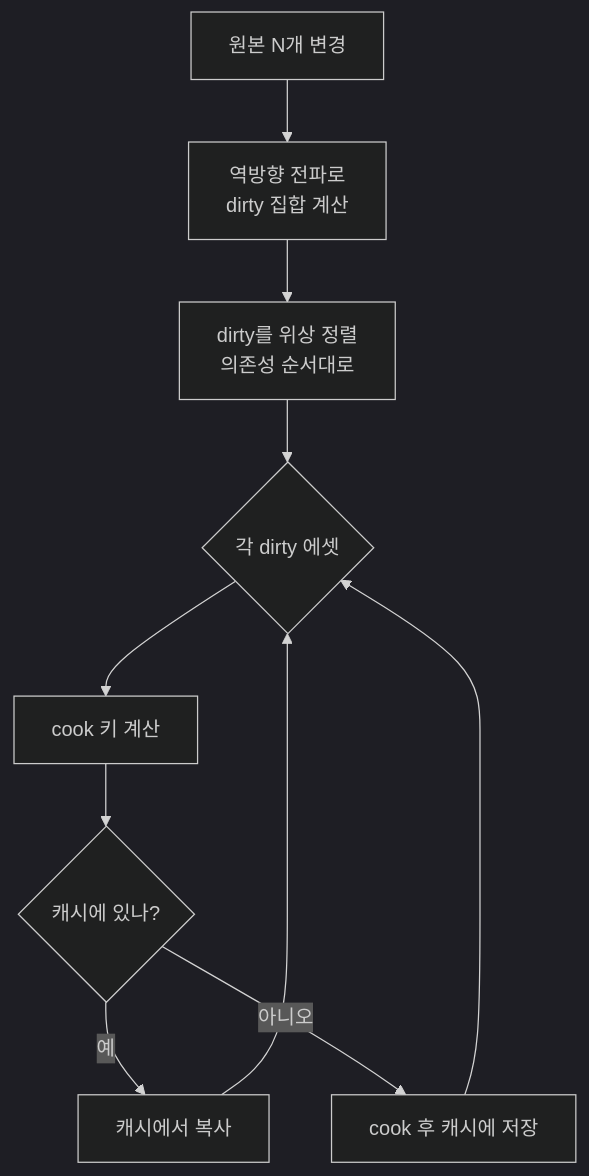
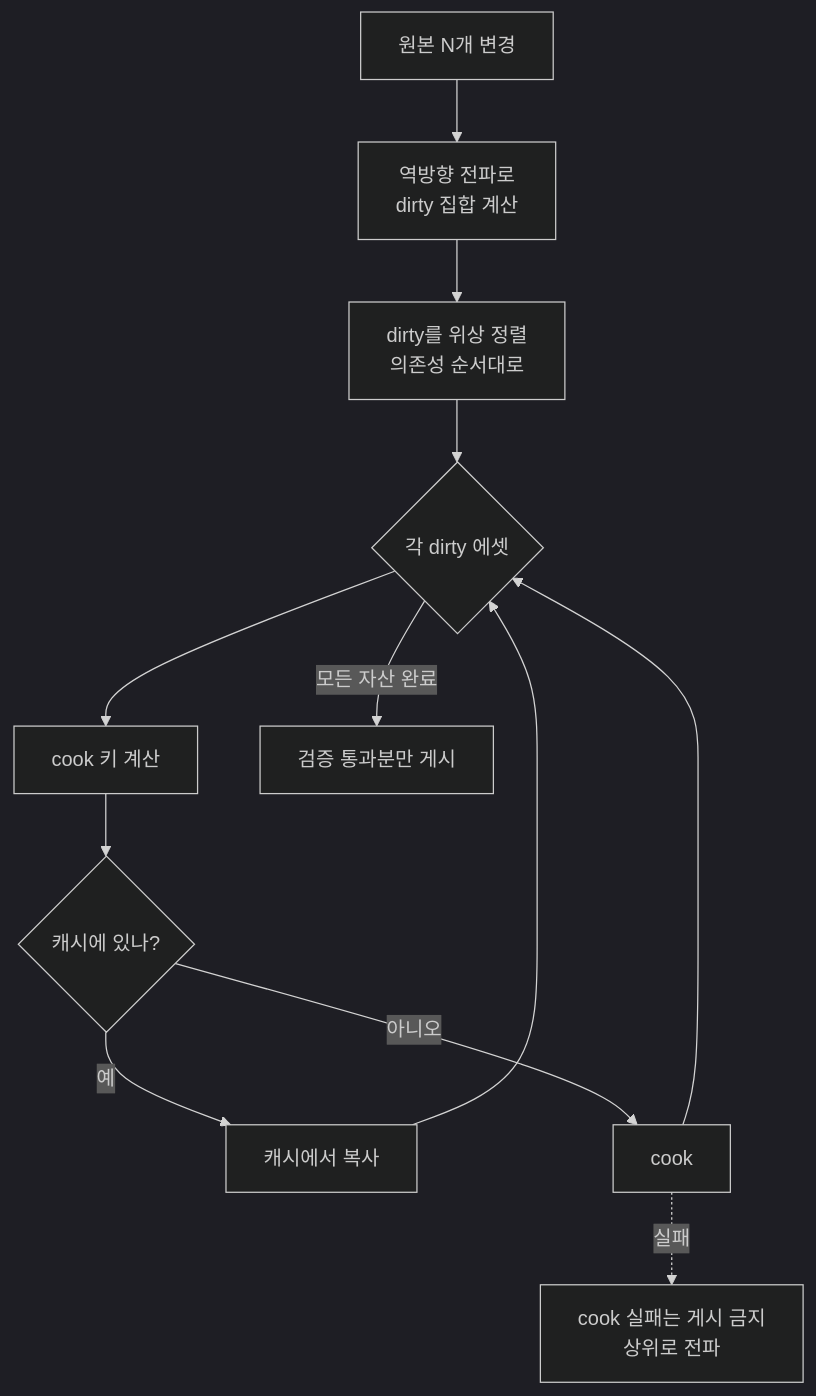
One commit to Rein-ArXiv/game-dev-curriculum changed the fourth of 7 diagrams in tools/part05_asset.md. Above: the diagram before and after it, drawn with Mermaid (dark theme). The commit also changed other lines of this file and 279 other files, not shown here.

````diff
--- a/tools/part05_asset.md
+++ b/tools/part05_asset.md
@@ -225,12 +228,14 @@
 ```mermaid
 flowchart TB
     Change[원본 N개 변경] --> Inval[역방향 전파로<br/>dirty 집합 계산]
     Inval --> Topo[dirty를 위상 정렬<br/>의존성 순서대로]
     Topo --> Loop{각 dirty 에셋}
     Loop --> Key[cook 키 계산]
     Key --> Hit{캐시에 있나?}
     Hit -->|예| Copy[캐시에서 복사]
-    Hit -->|아니오| Cook[cook 후 캐시에 저장]
+    Hit -->|아니오| Cook[cook]
     Copy --> Loop
     Cook --> Loop
+    Loop -->|모든 자산 완료| Publish[검증 통과분만 게시]
+    Cook -.->|실패| Fail[cook 실패는 게시 금지<br/>상위로 전파]
 ```
````
